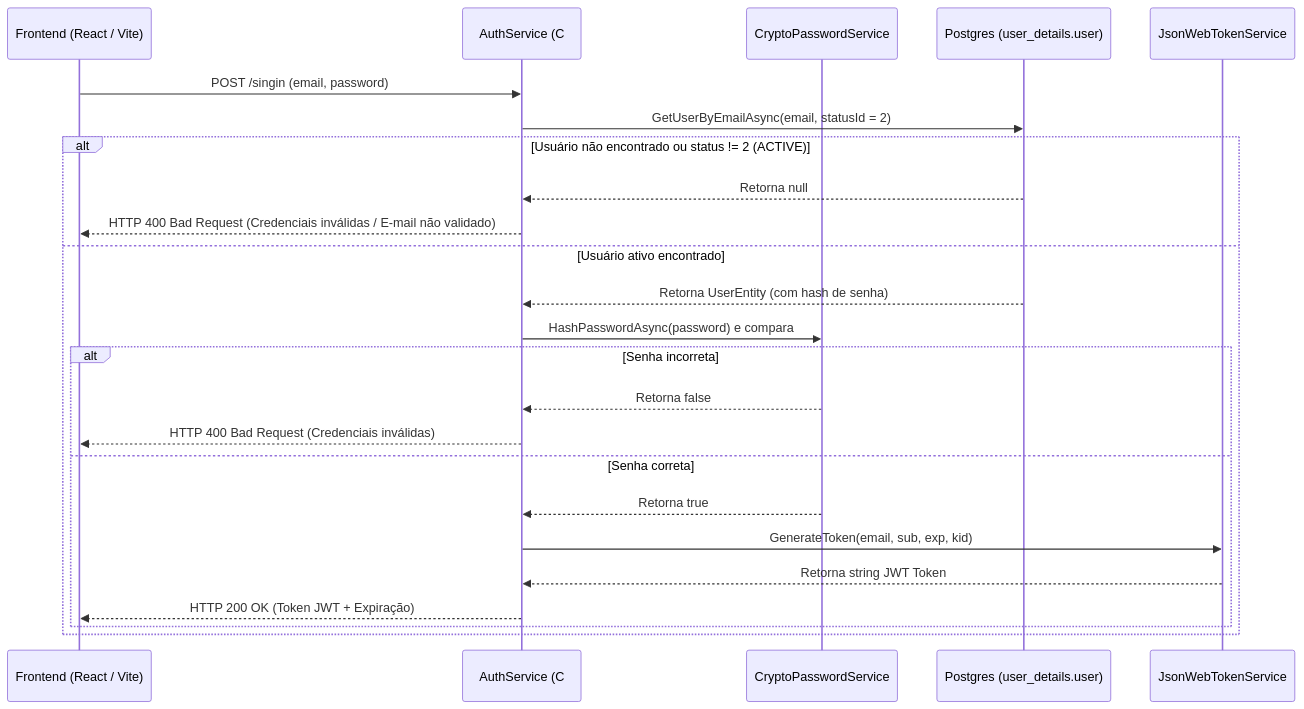
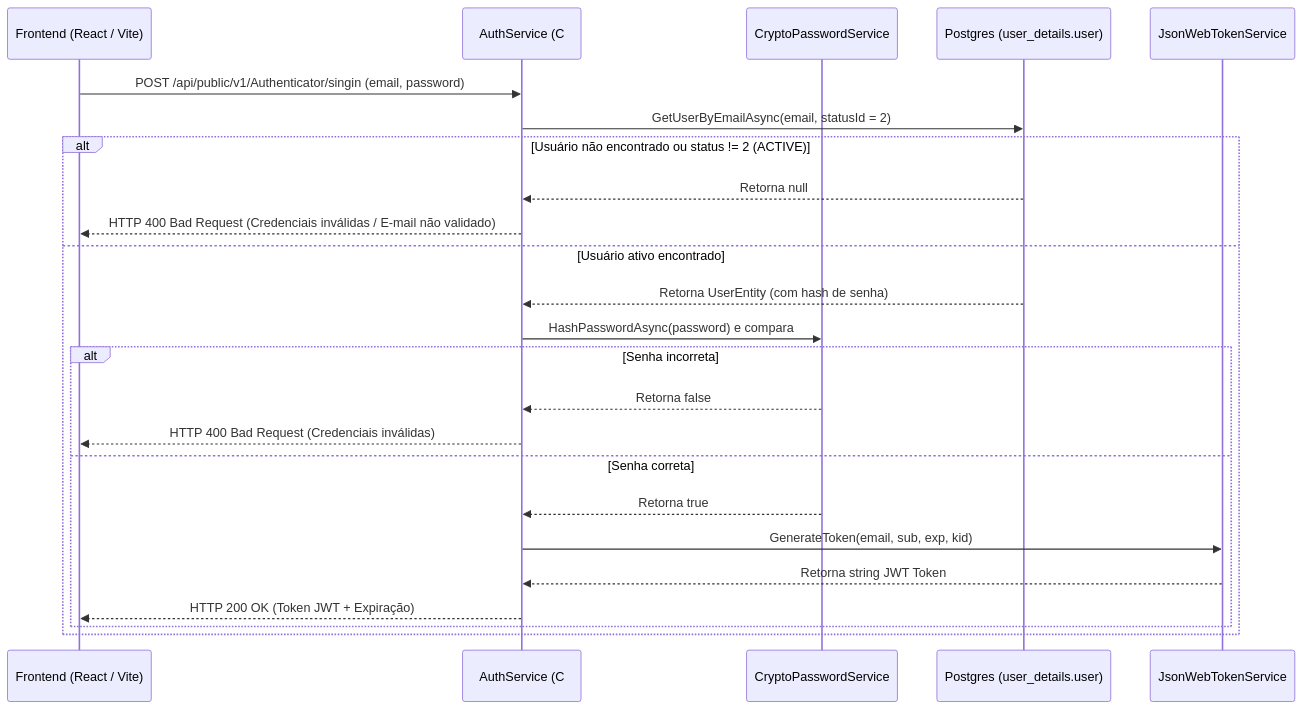
Before and after one commit to pedrovtof/Nievo-easy-fin: the first of 2 diagrams in docs/config/docs/content/FluxosNegocio/autenticacao_seguranca.md, drawn with Mermaid. The commit also changed other lines of this file and 33 other files, not shown here.

````diff
--- a/docs/config/docs/content/FluxosNegocio/autenticacao_seguranca.md
+++ b/docs/config/docs/content/FluxosNegocio/autenticacao_seguranca.md
@@ -9,27 +9,27 @@
 ```mermaid
 sequenceDiagram
     participant Frontend as Frontend (React / Vite)
     participant Auth as AuthService (C#)
     participant Crypto as CryptoPasswordService
     participant DB as Postgres (user_details.user)
     participant JWT as JsonWebTokenService
 
-    Frontend->>Auth: POST /singin (email, password)
+    Frontend->>Auth: POST /api/public/v1/Authenticator/singin (email, password)
     Auth->>DB: GetUserByEmailAsync(email, statusId = 2)
     alt Usuário não encontrado ou status != 2 (ACTIVE)
         DB-->>Auth: Retorna null
         Auth-->>Frontend: HTTP 400 Bad Request (Credenciais inválidas / E-mail não validado)
     else Usuário ativo encontrado
         DB-->>Auth: Retorna UserEntity (com hash de senha)
         Auth->>Crypto: HashPasswordAsync(password) e compara
         alt Senha incorreta
             Crypto-->>Auth: Retorna false
             Auth-->>Frontend: HTTP 400 Bad Request (Credenciais inválidas)
         else Senha correta
             Crypto-->>Auth: Retorna true
             Auth->>JWT: GenerateToken(email, sub, exp, kid)
             JWT-->>Auth: Retorna string JWT Token
             Auth-->>Frontend: HTTP 200 OK (Token JWT + Expiração)
         end
     end
 ```
````
